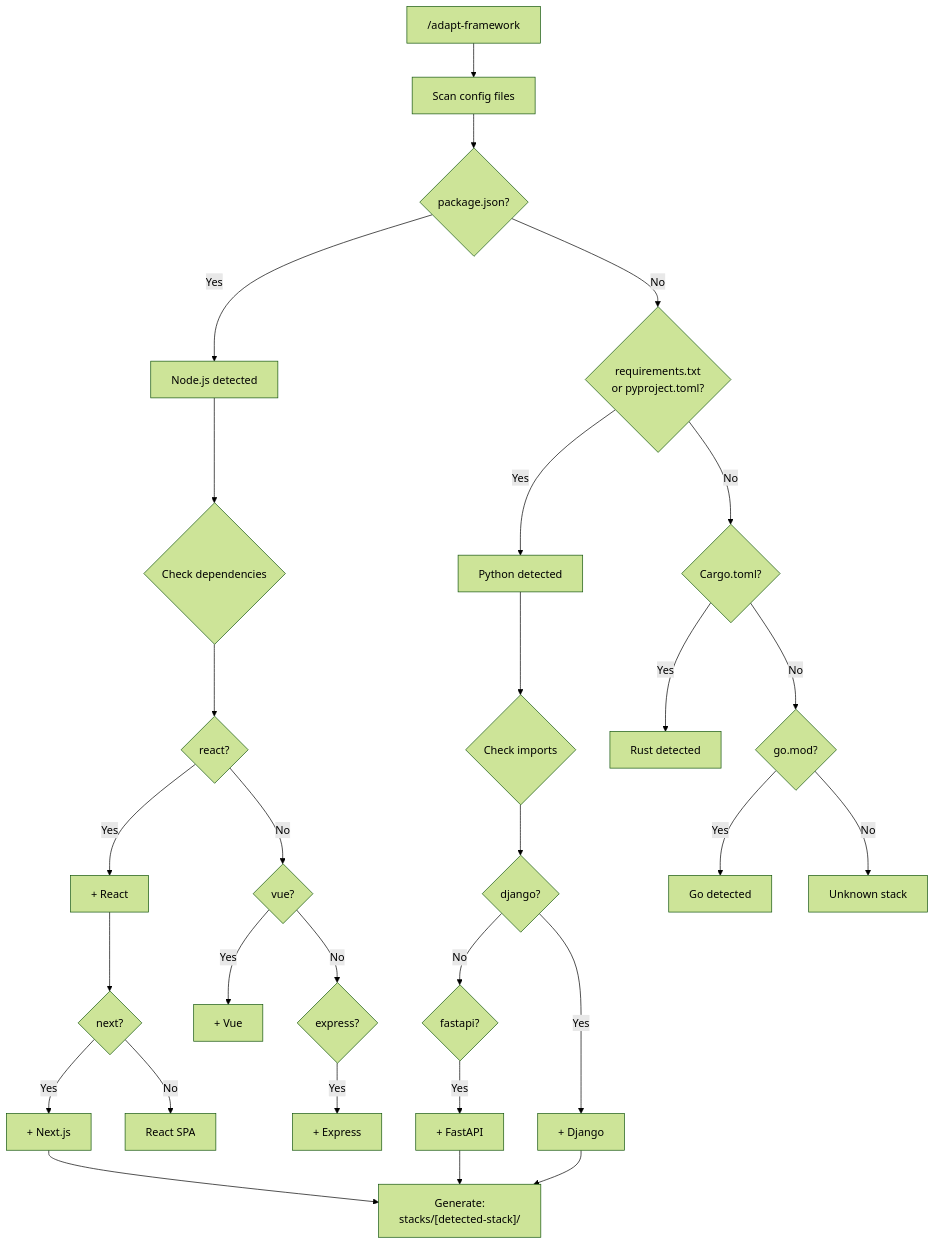
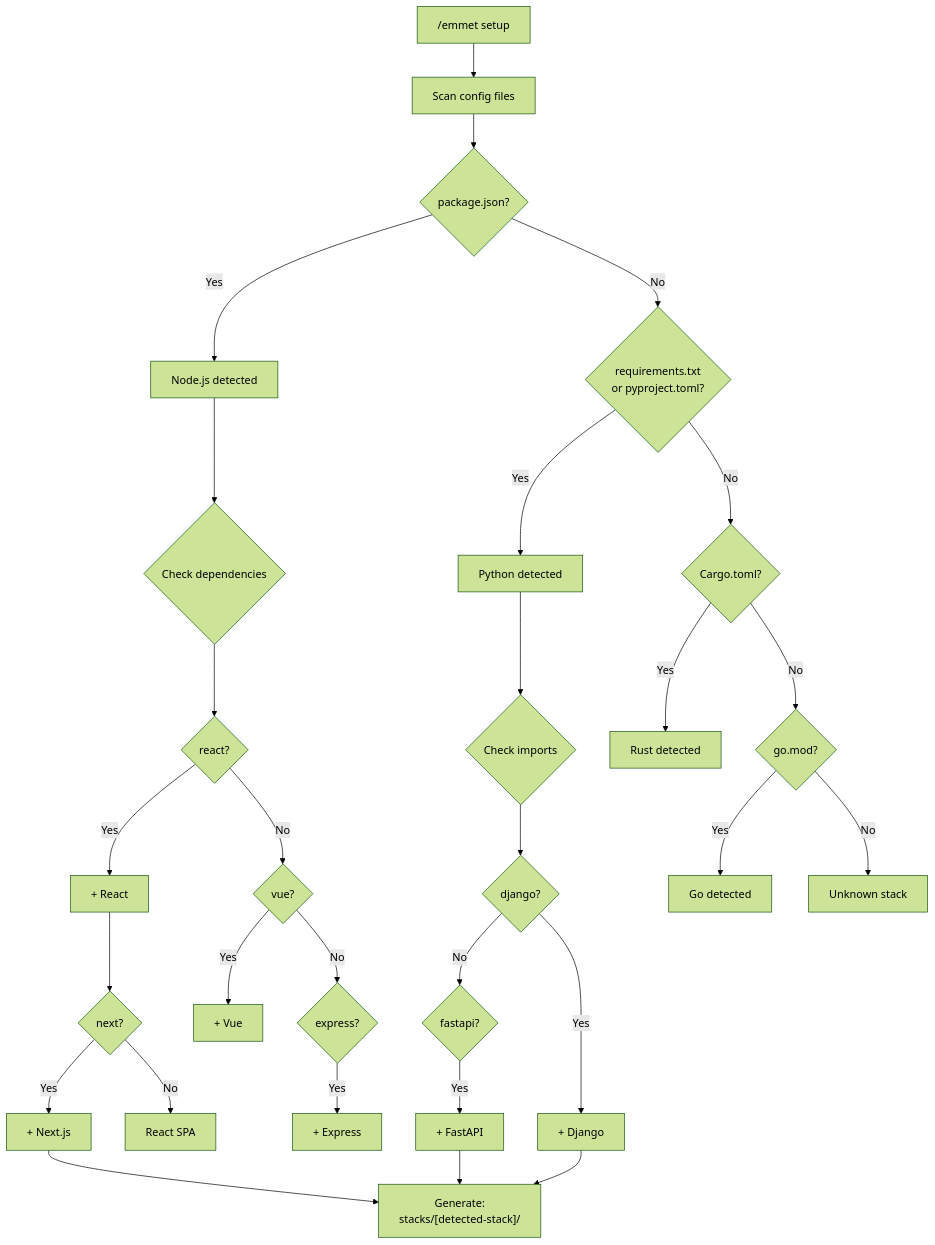
One commit to DKHBSFA/vibe-framework changed diagram 11 of 13 in .claude/docs/workflows.md. Above: the diagram before and after it, drawn with Mermaid (forest theme). The commit also changed other lines of this file and 10 other files, not shown here.

````diff
--- a/.claude/docs/workflows.md
+++ b/.claude/docs/workflows.md
@@ -301,37 +301,37 @@
 ```mermaid
 flowchart TD
-    A["/adapt-framework"] --> B[Scan config files]
+    A["/emmet setup"] --> B[Scan config files]
 
     B --> C{package.json?}
     C -->|Yes| D[Node.js detected]
     C -->|No| E{requirements.txt<br/>or pyproject.toml?}
 
     D --> F{Check dependencies}
     F --> G{react?}
     G -->|Yes| H[+ React]
     H --> L{next?}
     L -->|Yes| M[+ Next.js]
     L -->|No| N[React SPA]
     G -->|No| I{vue?}
     I -->|Yes| J[+ Vue]
     I -->|No| K{express?}
     K -->|Yes| O[+ Express]
 
     E -->|Yes| P[Python detected]
     E -->|No| Q{Cargo.toml?}
 
     P --> R{Check imports}
     R --> S{django?}
     S -->|Yes| T[+ Django]
     S -->|No| U{fastapi?}
     U -->|Yes| V[+ FastAPI]
 
     Q -->|Yes| W[Rust detected]
     Q -->|No| X{go.mod?}
     X -->|Yes| Y[Go detected]
     X -->|No| Z[Unknown stack]
 
     M --> GEN["Generate:<br/>stacks/[detected-stack]/"]
     V --> GEN
     T --> GEN
 ```
````
